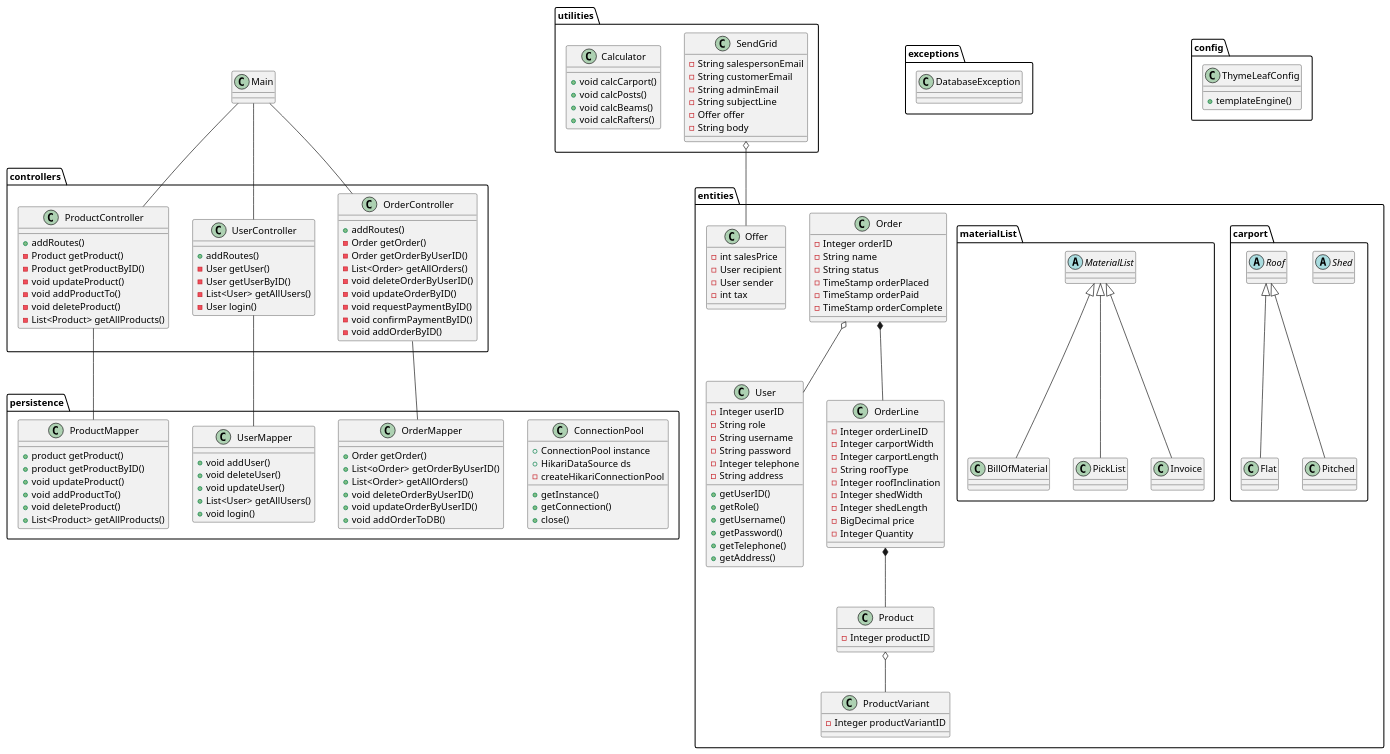
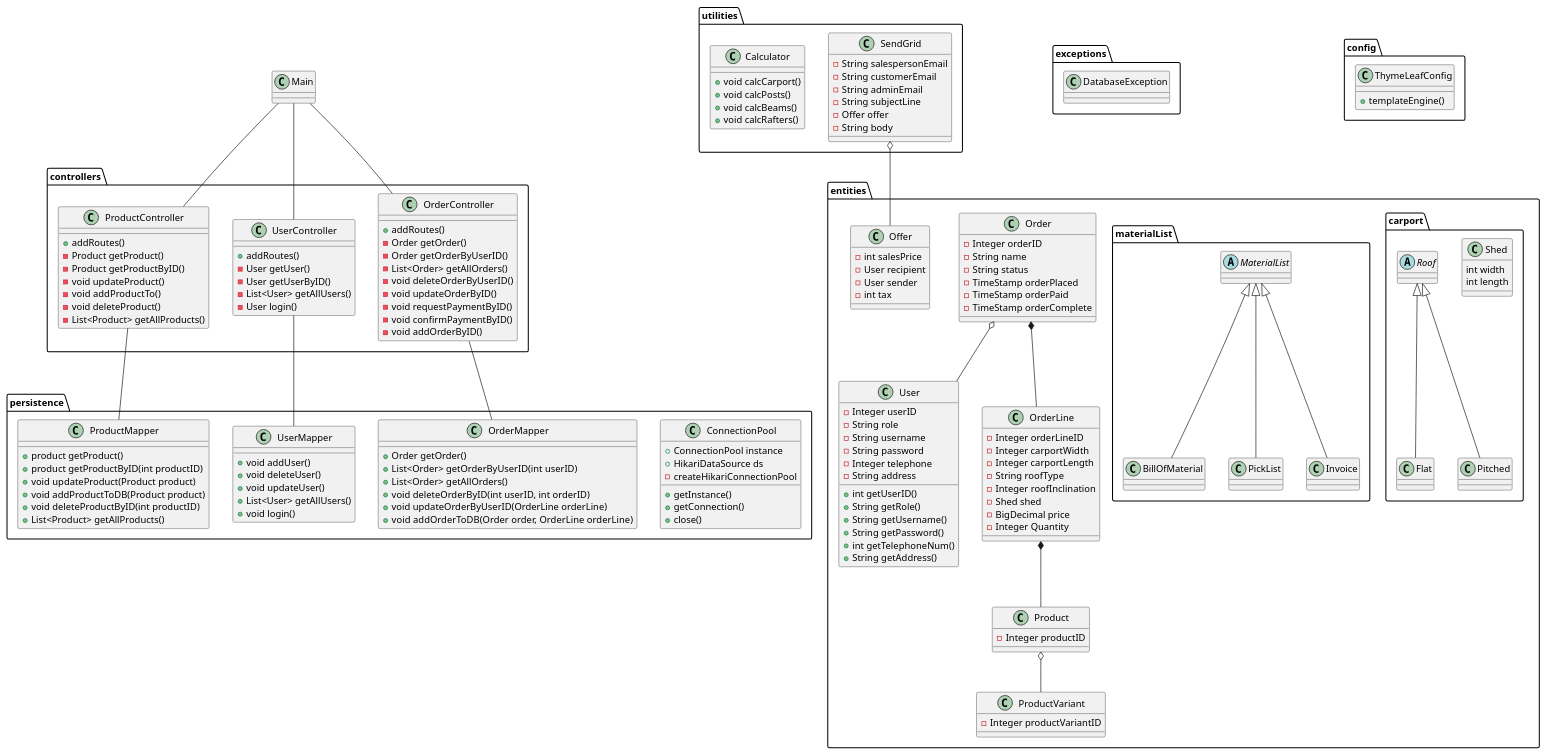
One commit to mridrisisci/fog-projekt changed the diagram in docs/classDiagramV1.puml. Above: the diagram before and after it, drawn with PlantUML.

```diff
--- a/docs/classDiagramV1.puml
+++ b/docs/classDiagramV1.puml
@@ -66,12 +66,12 @@
     -Integer telephone
     -String address
 
-    + getUserID()
-    + getRole()
-    + getUsername()
-    + getPassword()
-    + getTelephone()
-    + getAddress()
+    + int getUserID()
+    + String getRole()
+    + String getUsername()
+    + String getPassword()
+    + int getTelephoneNum()
+    + String getAddress()
     }
 
     class Order {
@@ -89,8 +89,7 @@
     -Integer carportLength
     -String roofType
     -Integer roofInclination
-    -Integer shedWidth
-    -Integer shedLength
+    -Shed shed
     -BigDecimal price
     -Integer Quantity
     }
@@ -112,8 +111,10 @@
     }
 
 package carport {
-    abstract class Shed
+    class Shed
     {
+    int width
+    int length
     }
 
     abstract class Roof
@@ -152,19 +153,19 @@
 
     class OrderMapper {
     + Order getOrder()
-    + List<oOrder> getOrderByUserID()
+    + List<Order> getOrderByUserID(int userID)
     + List<Order> getAllOrders()
-    + void deleteOrderByUserID()
-    + void updateOrderByUserID()
-    + void addOrderToDB()
+    + void deleteOrderByID(int userID, int orderID)
+    + void updateOrderByUserID(OrderLine orderLine)
+    + void addOrderToDB(Order order, OrderLine orderLine)
     }
 
     class ProductMapper {
     + product getProduct()
-    + product getProductByID()
-    + void updateProduct()
-    + void addProductTo()
-    + void deleteProduct()
+    + product getProductByID(int productID)
+    + void updateProduct(Product product)
+    + void addProductToDB(Product product)
+    + void deleteProductByID(int productID)
     + List<Product> getAllProducts()
     }
 
```
